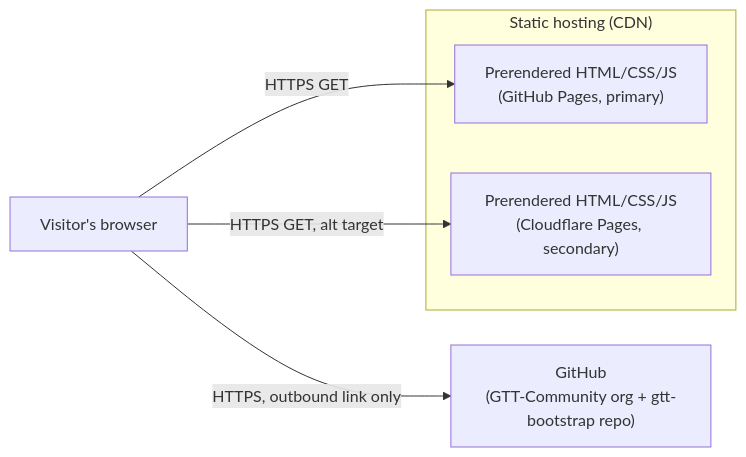
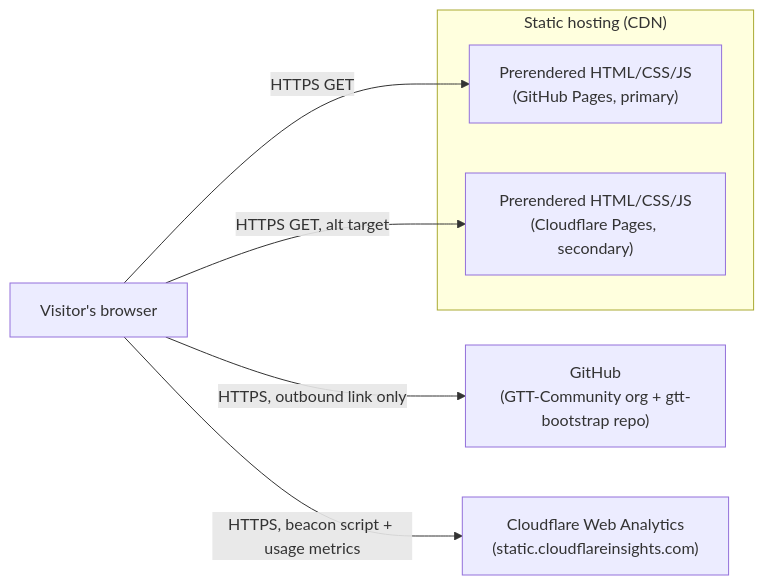
The first of 2 diagrams in cdad/context/stack.md (GTT-Community/gtt-community.github.io), drawn with Mermaid before and after one commit. The commit also changed other lines of this file and 6 other files, not shown here.

Commit message:
feat(analytics): add governed Cloudflare Web Analytics

````diff
--- a/cdad/context/stack.md
+++ b/cdad/context/stack.md
@@ -40,15 +40,17 @@
 ```mermaid
 flowchart LR
     Browser["Visitor's browser"]
 
     subgraph Static["Static hosting (CDN)"]
         Pages["Prerendered HTML/CSS/JS\n(GitHub Pages, primary)"]
         CFPages["Prerendered HTML/CSS/JS\n(Cloudflare Pages, secondary)"]
     end
 
     GH["GitHub\n(GTT-Community org + gtt-bootstrap repo)"]
+    CFWA["Cloudflare Web Analytics\n(static.cloudflareinsights.com)"]
 
     Browser -->|HTTPS GET| Pages
     Browser -->|HTTPS GET, alt target| CFPages
     Browser -->|HTTPS, outbound link only| GH
+    Browser -->|HTTPS, beacon script + usage metrics| CFWA
 ```
````
